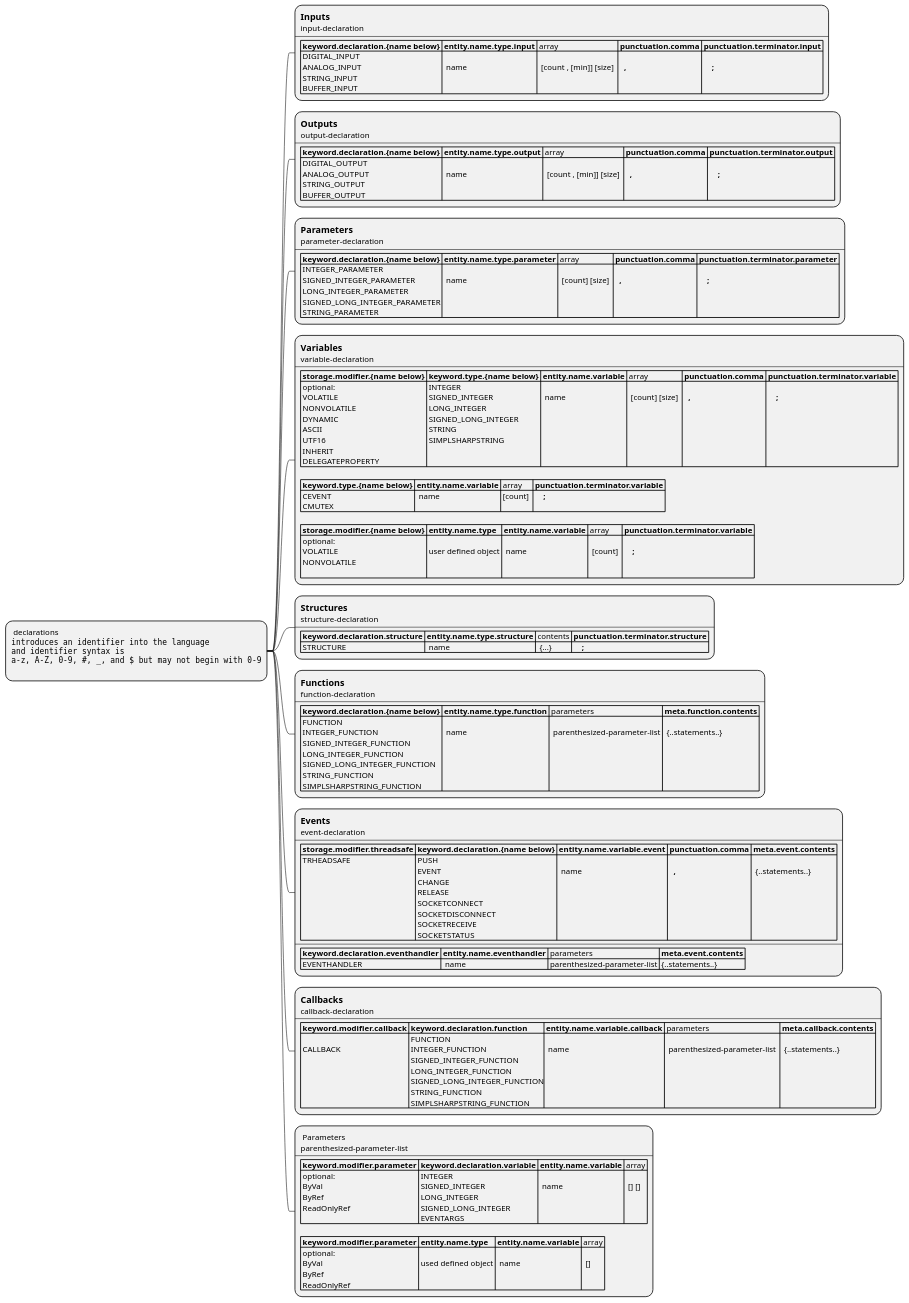
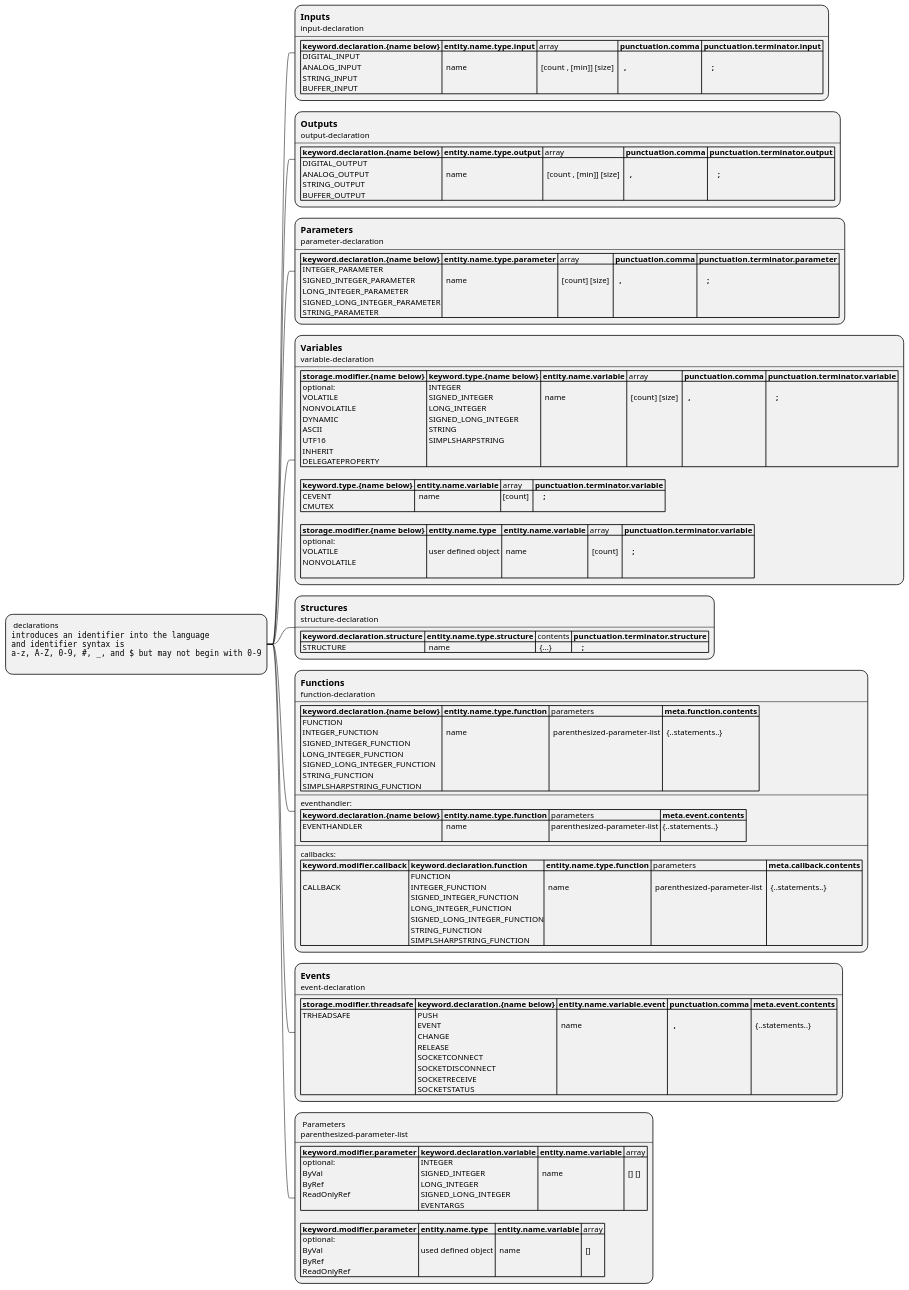
The diagram in UML/simpl-plus-syntax-mindmap/declarations.puml (alvaroyurrita/vscode-crestron-splus), drawn with PlantUML before and after one commit. The commit also changed 3 other files, not shown here.

```diff
--- a/UML/simpl-plus-syntax-mindmap/declarations.puml
+++ b/UML/simpl-plus-syntax-mindmap/declarations.puml
@@ -1,80 +1,78 @@
 @startmindmap
 *: declarations
 <code>
 introduces an identifier into the language
 and identifier syntax is
 a-z, A-Z, 0-9, #, _, and $ but may not begin with 0-9
 </code>
 ;
 
 **:== Inputs
 input-declaration
 ----
 |= keyword.declaration.{name below} |= entity.name.type.input | array |= punctuation.comma |= punctuation.terminator.input |
 | DIGITAL_INPUT\n ANALOG_INPUT\n STRING_INPUT\n BUFFER_INPUT |  \n  name  | \n  [count , [min]] [size]  |= \n   , |=  \n     ; |;
 **:== Outputs
 output-declaration
 ----
 |= keyword.declaration.{name below} |= entity.name.type.output | array |= punctuation.comma |= punctuation.terminator.output |
 | DIGITAL_OUTPUT\n ANALOG_OUTPUT\n STRING_OUTPUT\n BUFFER_OUTPUT |  \n  name | \n  [count , [min]] [size]  |= \n   , |=  \n     ; |;
 
 **:== Parameters
 parameter-declaration
 ----
 |= keyword.declaration.{name below} |= entity.name.type.parameter | array |= punctuation.comma |= punctuation.terminator.parameter |
 | INTEGER_PARAMETER\n SIGNED_INTEGER_PARAMETER\n LONG_INTEGER_PARAMETER\n SIGNED_LONG_INTEGER_PARAMETER\n STRING_PARAMETER  |  \n  name | \n  [count] [size]  |= \n   ,|=  \n     ; |;
 
 **:== Variables
 variable-declaration
 ----
 |= storage.modifier.{name below} |= keyword.type.{name below} |= entity.name.variable | array |= punctuation.comma |= punctuation.terminator.variable |
 | optional:\n VOLATILE\n NONVOLATILE\n DYNAMIC \n ASCII\n UTF16\n INHERIT\n DELEGATEPROPERTY | INTEGER\n SIGNED_INTEGER\n LONG_INTEGER\n SIGNED_LONG_INTEGER\n STRING\n SIMPLSHARPSTRING|  \n  name | \n  [count] [size]  |= \n   ,|=  \n     ; |
 
 |= keyword.type.{name below} |= entity.name.variable | array |= punctuation.terminator.variable |
 | CEVENT\n CMUTEX |  name  | [count]  |=     ; |
 
 |= storage.modifier.{name below} |= entity.name.type |= entity.name.variable | array |= punctuation.terminator.variable |
 | optional:\n VOLATILE\n NONVOLATILE\n | \n user defined object |  \n  name | \n  [count]  |=  \n     ; |;
 
 
 
 **:== Structures
 structure-declaration
 ----
 |= keyword.declaration.structure |= entity.name.type.structure | contents |= punctuation.terminator.structure |
 | STRUCTURE |  name  |  {...} |=     ; |;
 
 **:== Functions
 function-declaration
 ----
 |= keyword.declaration.{name below} |= entity.name.type.function | parameters |= meta.function.contents |
-| FUNCTION\n INTEGER_FUNCTION\n SIGNED_INTEGER_FUNCTION\n LONG_INTEGER_FUNCTION\n SIGNED_LONG_INTEGER_FUNCTION\n STRING_FUNCTION \n SIMPLSHARPSTRING_FUNCTION  |  \n  name | \n  parenthesized-parameter-list | \n  {..statements..}  |;
-
-
-
+| FUNCTION\n INTEGER_FUNCTION\n SIGNED_INTEGER_FUNCTION\n LONG_INTEGER_FUNCTION\n SIGNED_LONG_INTEGER_FUNCTION\n STRING_FUNCTION \n SIMPLSHARPSTRING_FUNCTION  |  \n  name | \n  parenthesized-parameter-list | \n  {..statements..}  |
+----
+eventhandler:
+|= keyword.declaration.{name below} |= entity.name.type.function | parameters |= meta.event.contents |
+| EVENTHANDLER\n   |  name | parenthesized-parameter-list | {..statements..}  |
+----
+callbacks:
+|= keyword.modifier.callback |= keyword.declaration.function |= entity.name.type.function | parameters |= meta.callback.contents |
+| \n CALLBACK  | FUNCTION\n INTEGER_FUNCTION\n SIGNED_INTEGER_FUNCTION\n LONG_INTEGER_FUNCTION\n SIGNED_LONG_INTEGER_FUNCTION\n STRING_FUNCTION \n SIMPLSHARPSTRING_FUNCTION | \n  name | \n  parenthesized-parameter-list  | \n  {..statements..}  |;
 
 **:== Events
 event-declaration
 ----
 |= storage.modifier.threadsafe |= keyword.declaration.{name below} |= entity.name.variable.event |= punctuation.comma |= meta.event.contents |
-| TRHEADSAFE | PUSH\n EVENT\n CHANGE\n RELEASE\n SOCKETCONNECT\n SOCKETDISCONNECT \n SOCKETRECEIVE \n SOCKETSTATUS  |  \n  name |= \n   ,| \n  {..statements..}  |
-----
-|= keyword.declaration.eventhandler |= entity.name.eventhandler | parameters |= meta.event.contents |
-| EVENTHANDLER  |  name | parenthesized-parameter-list | {..statements..}  |;
+| TRHEADSAFE | PUSH\n EVENT\n CHANGE\n RELEASE\n SOCKETCONNECT\n SOCKETDISCONNECT \n SOCKETRECEIVE \n SOCKETSTATUS  |  \n  name |= \n   ,| \n  {..statements..}  |;
 
-**:== Callbacks
-callback-declaration
-----
-|= keyword.modifier.callback |= keyword.declaration.function |= entity.name.variable.callback | parameters |= meta.callback.contents |
-| \n CALLBACK  | FUNCTION\n INTEGER_FUNCTION\n SIGNED_INTEGER_FUNCTION\n LONG_INTEGER_FUNCTION\n SIGNED_LONG_INTEGER_FUNCTION\n STRING_FUNCTION \n SIMPLSHARPSTRING_FUNCTION | \n  name | \n  parenthesized-parameter-list  | \n  {..statements..}  |;
+
 
 **: Parameters
 parenthesized-parameter-list
 ----
 |= keyword.modifier.parameter |= keyword.declaration.variable |= entity.name.variable | array |
 | optional:\n ByVal\n ByRef\n ReadOnlyRef | INTEGER\n SIGNED_INTEGER\n LONG_INTEGER\n SIGNED_LONG_INTEGER\n EVENTARGS |  \n  name | \n  [] []  |
 
 |= keyword.modifier.parameter |= entity.name.type |= entity.name.variable | array |
 | optional:\n ByVal\n ByRef\n ReadOnlyRef | \n used defined object |  \n  name | \n  []  |;
 
 @endmindmap
```
